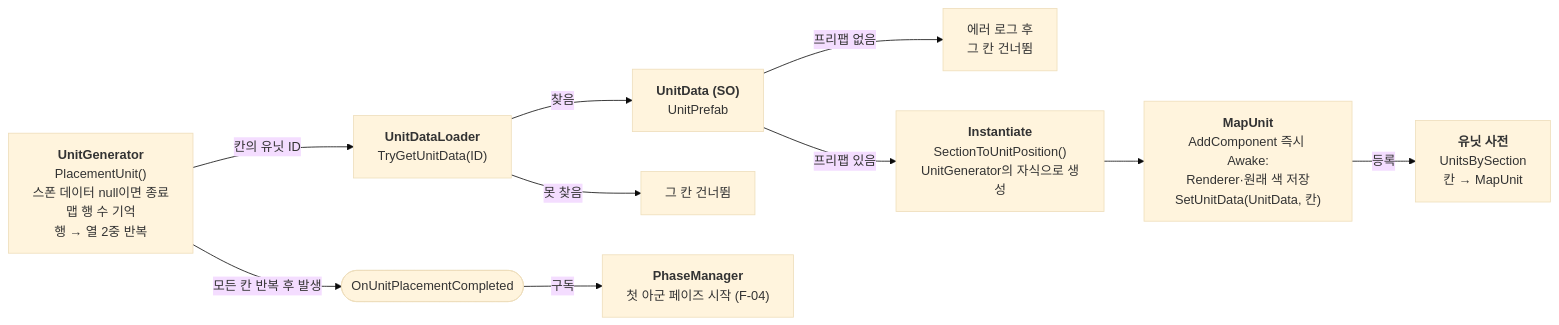
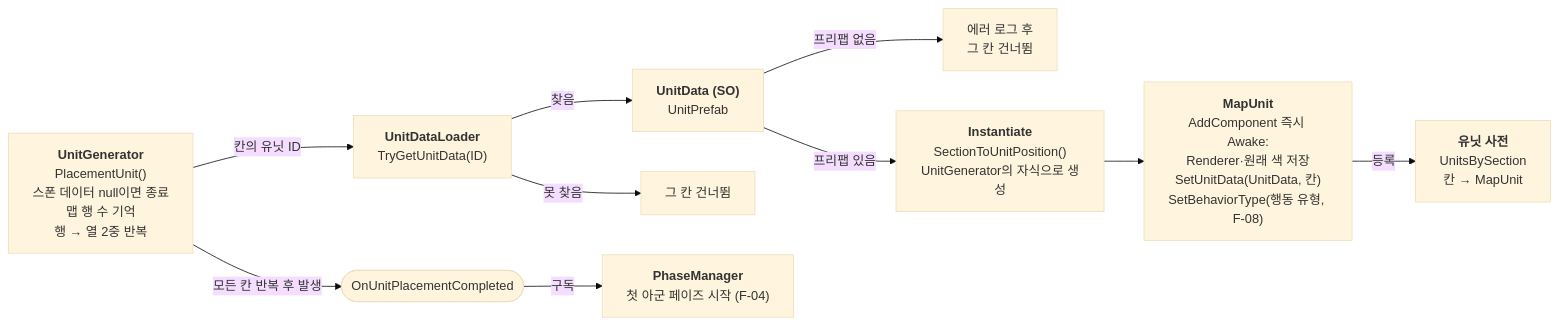
One commit to jayy5288sk/PersonalProject changed the fifth of 26 diagrams in Docs/ImplementDocs/Diagram.md. Above: the diagram before and after it, drawn with Mermaid (base theme). The commit also changed other lines of this file and 5 other files, not shown here.

Commit message:
[Docs] 기술 문서 작성 및 다이어그램 갱신

````diff
--- a/Docs/ImplementDocs/Diagram.md
+++ b/Docs/ImplementDocs/Diagram.md
@@ -106,23 +106,23 @@
 ```mermaid
 flowchart LR
     Gen["<b>UnitGenerator</b><br/>PlacementUnit()<br/>스폰 데이터 null이면 종료<br/>맵 행 수 기억<br/>행 → 열 2중 반복"]
     Unit["<b>UnitDataLoader</b><br/>TryGetUnitData(ID)"]
     SO["<b>UnitData (SO)</b><br/>UnitPrefab"]
     Skip["그 칸 건너뜀"]
     Err["에러 로그 후<br/>그 칸 건너뜀"]
     Spawn["<b>Instantiate</b><br/>SectionToUnitPosition()<br/>UnitGenerator의 자식으로 생성"]
-    MU["<b>MapUnit</b><br/>AddComponent 즉시 Awake:<br/>Renderer·원래 색 저장<br/>SetUnitData(UnitData, 칸)"]
+    MU["<b>MapUnit</b><br/>AddComponent 즉시 Awake:<br/>Renderer·원래 색 저장<br/>SetUnitData(UnitData, 칸)<br/>SetBehaviorType(행동 유형, F-08)"]
     Dict["<b>유닛 사전</b><br/>UnitsBySection<br/>칸 → MapUnit"]
     Done(["OnUnitPlacementCompleted"])
     Phase["<b>PhaseManager</b><br/>첫 아군 페이즈 시작 (F-04)"]
 
     Gen -->|칸의 유닛 ID| Unit
     Unit -->|찾음| SO
     Unit -->|못 찾음| Skip
     SO -->|프리팹 있음| Spawn
     SO -->|프리팹 없음| Err
     Spawn --> MU
     MU -->|등록| Dict
     Gen -->|모든 칸 반복 후 발생| Done
     Done -->|구독| Phase
 ```
````
